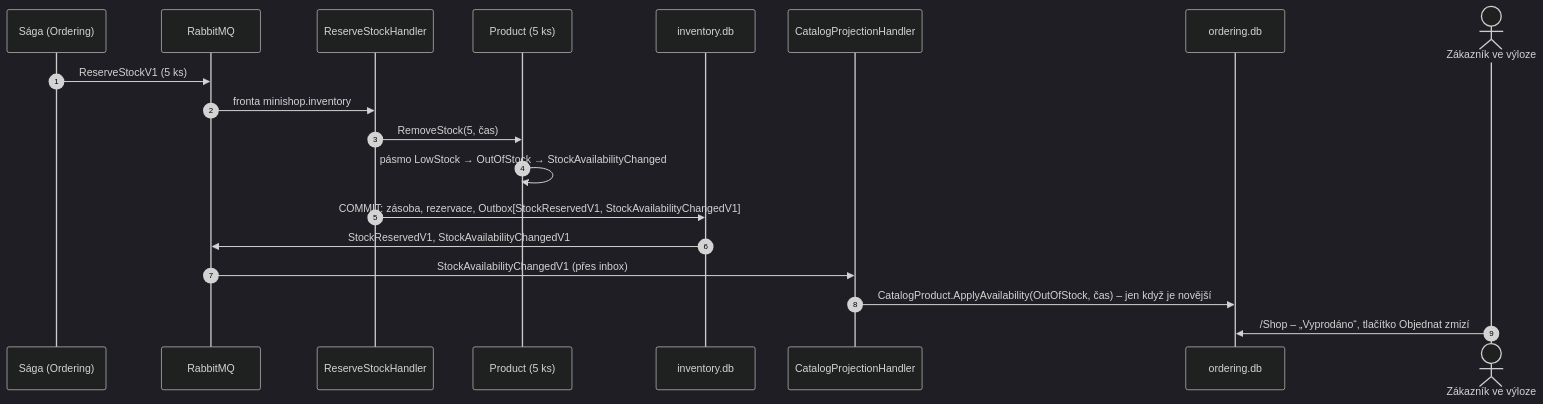
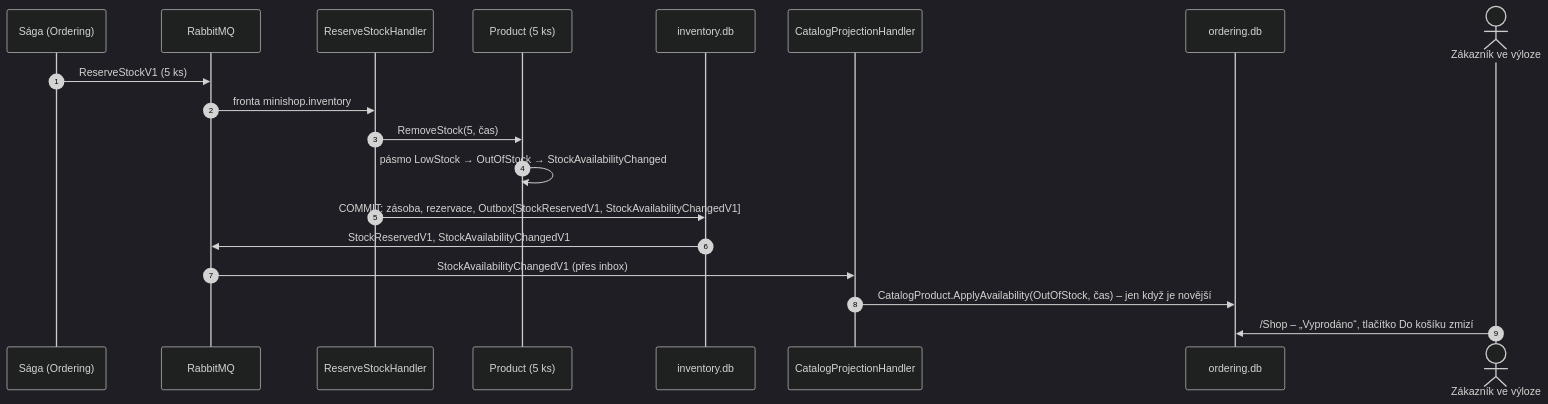
Before and after one commit to ftichy/MiniShop: the diagram in docs/prirucka/toky/zmena-dostupnosti.md, drawn with Mermaid (dark theme). The commit also changed 26 other files, not shown here.

````diff
--- a/docs/prirucka/toky/zmena-dostupnosti.md
+++ b/docs/prirucka/toky/zmena-dostupnosti.md
@@ -13,22 +13,22 @@
 ```mermaid
 sequenceDiagram
     autonumber
     participant S as Sága (Ordering)
     participant MQ as RabbitMQ
     participant RH as ReserveStockHandler
     participant P as Product (5 ks)
     participant IDB as inventory.db
     participant CH as CatalogProjectionHandler
     participant ODB as ordering.db
     actor Z as Zákazník ve výloze
 
     S->>MQ: ReserveStockV1 (5 ks)
     MQ->>RH: fronta minishop.inventory
     RH->>P: RemoveStock(5, čas)
     P->>P: pásmo LowStock → OutOfStock → StockAvailabilityChanged
     RH->>IDB: COMMIT: zásoba, rezervace, Outbox[StockReservedV1, StockAvailabilityChangedV1]
     IDB->>MQ: StockReservedV1, StockAvailabilityChangedV1
     MQ->>CH: StockAvailabilityChangedV1 (přes inbox)
     CH->>ODB: CatalogProduct.ApplyAvailability(OutOfStock, čas) – jen když je novější
-    Z->>ODB: /Shop – „Vyprodáno“, tlačítko Objednat zmizí
+    Z->>ODB: /Shop – „Vyprodáno“, tlačítko Do košíku zmizí
 ```
````
